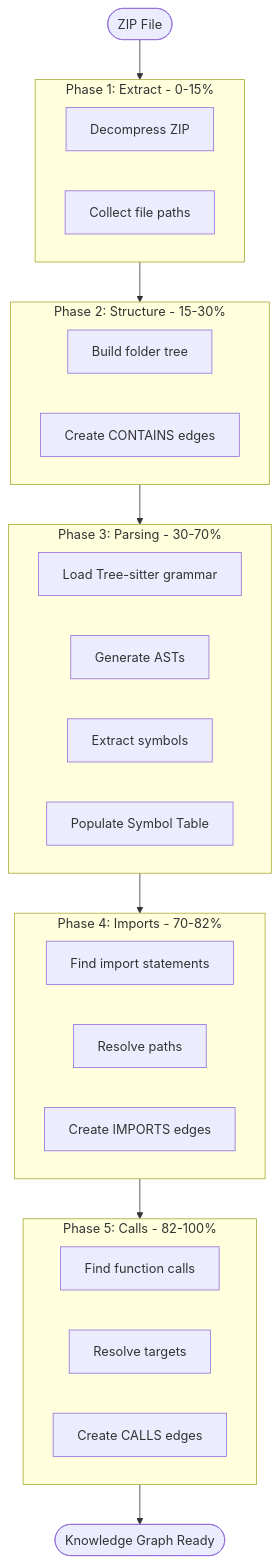
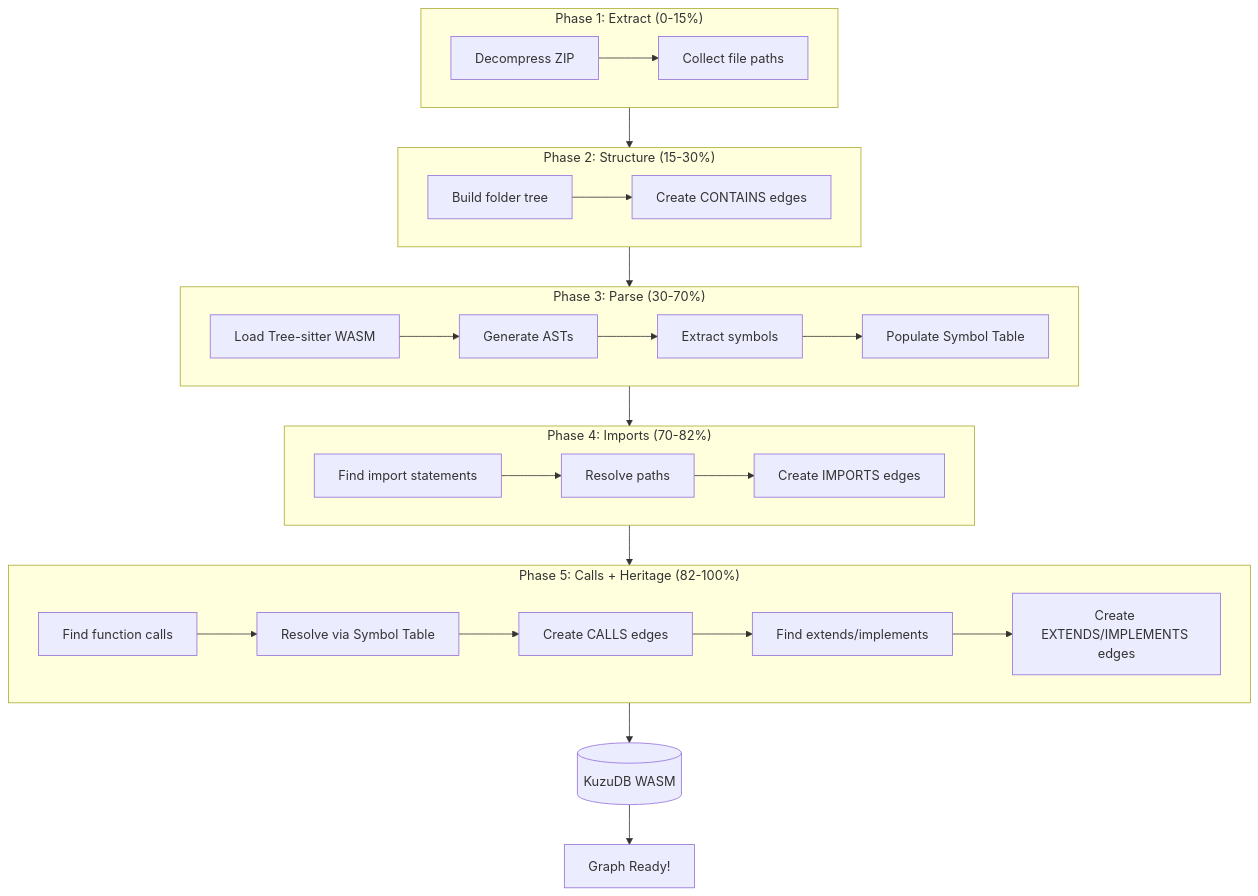
The second of 11 diagrams in README.md (OliverNyx/NexusAI), drawn with Mermaid before and after one commit. The commit also changed other lines of this file, not shown here.

````diff
--- a/README.md
+++ b/README.md
@@ -290,36 +77,32 @@
 ```mermaid
 flowchart TD
-    START([ZIP File]) --> P1
-  
-    subgraph P1[Phase 1: Extract - 0-15%]
-        E1[Decompress ZIP]
-        E2[Collect file paths]
+    subgraph P1["Phase 1: Extract (0-15%)"]
+        E1[Decompress ZIP] --> E2[Collect file paths]
     end
-  
-    subgraph P2[Phase 2: Structure - 15-30%]
-        S1[Build folder tree]
-        S2[Create CONTAINS edges]
+    
+    subgraph P2["Phase 2: Structure (15-30%)"]
+        S1[Build folder tree] --> S2[Create CONTAINS edges]
     end
-  
-    subgraph P3[Phase 3: Parsing - 30-70%]
-        PA1[Load Tree-sitter grammar]
-        PA2[Generate ASTs]
-        PA3[Extract symbols]
-        PA4[Populate Symbol Table]
+    
+    subgraph P3["Phase 3: Parse (30-70%)"]
+        PA1[Load Tree-sitter WASM] --> PA2[Generate ASTs]
+        PA2 --> PA3[Extract symbols]
+        PA3 --> PA4[Populate Symbol Table]
     end
-  
-    subgraph P4[Phase 4: Imports - 70-82%]
-        I1[Find import statements]
-        I2[Resolve paths]
-        I3[Create IMPORTS edges]
+    
+    subgraph P4["Phase 4: Imports (70-82%)"]
+        I1[Find import statements] --> I2[Resolve paths]
+        I2 --> I3[Create IMPORTS edges]
     end
-  
-    subgraph P5[Phase 5: Calls - 82-100%]
-        C1[Find function calls]
-        C2[Resolve targets]
-        C3[Create CALLS edges]
+    
+    subgraph P5["Phase 5: Calls + Heritage (82-100%)"]
+        C1[Find function calls] --> C2[Resolve via Symbol Table]
+        C2 --> C3[Create CALLS edges]
+        C3 --> H1[Find extends/implements]
+        H1 --> H2[Create EXTENDS/IMPLEMENTS edges]
     end
-  
+    
     P1 --> P2 --> P3 --> P4 --> P5
-    P5 --> DONE([Knowledge Graph Ready])
+    P5 --> DB[(KuzuDB WASM)]
+    DB --> READY[Graph Ready!]
 ```
````
